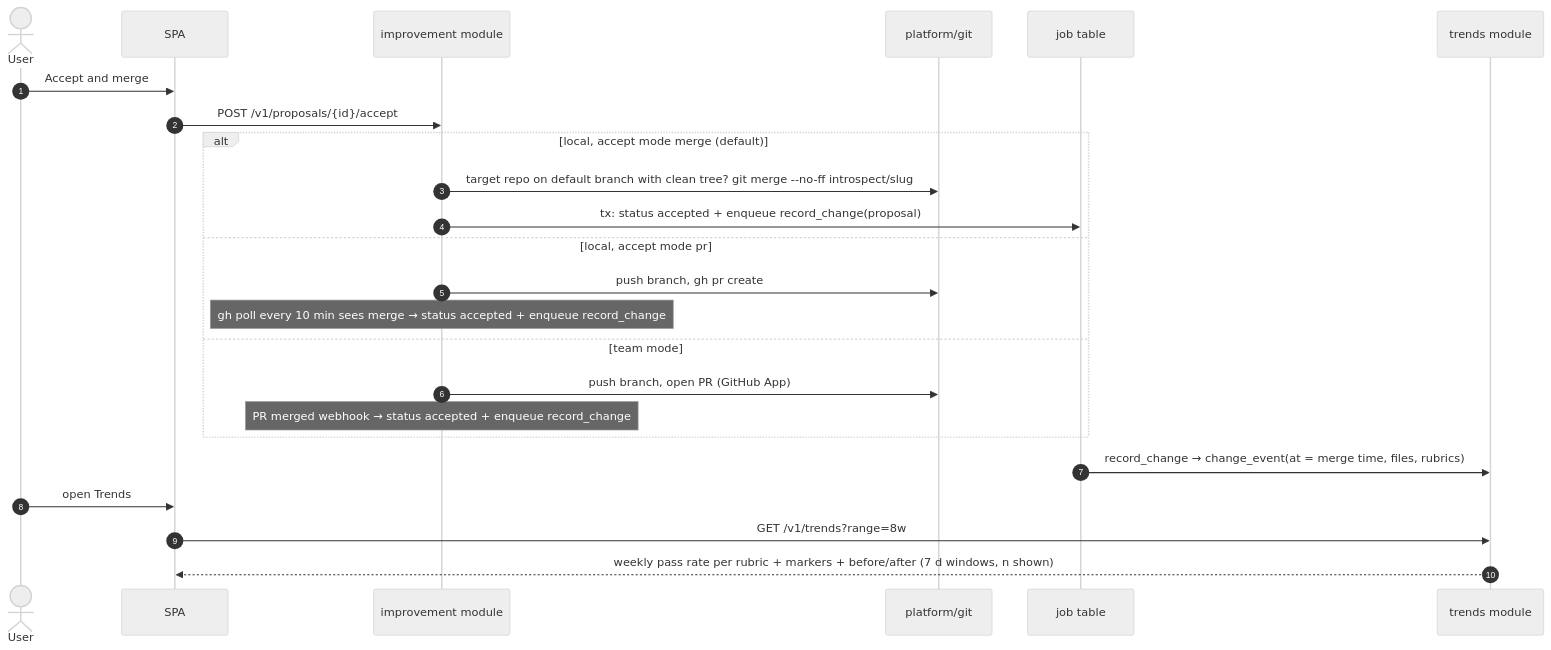
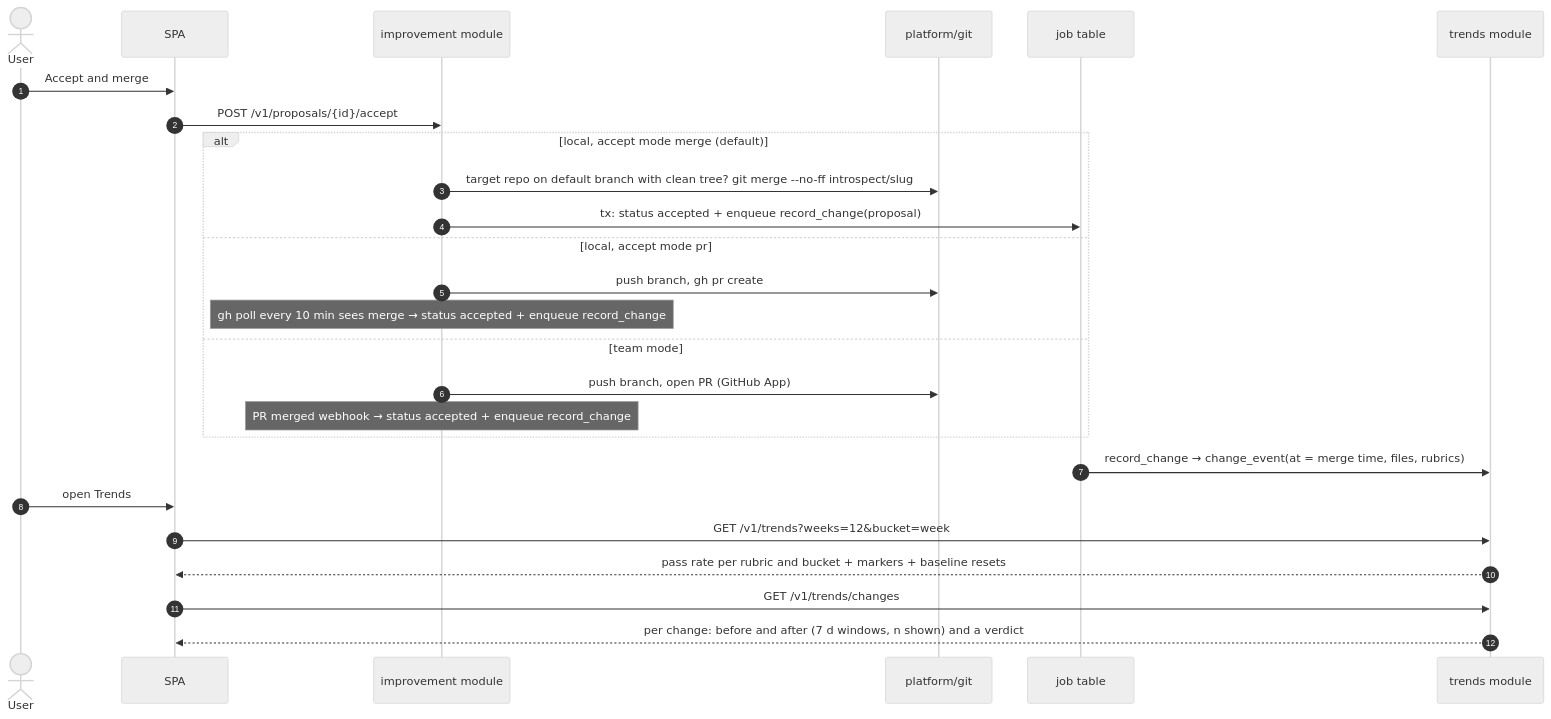
Before and after one commit to floriankraemer/ai-introspection: the seventh of 10 diagrams in docs/architecture/architecture-overview.md, drawn with Mermaid (neutral theme). The commit also changed other lines of this file and 32 other files, not shown here.

First line of the commit message:
feat(trends): pass-rate series, change events, verdicts and reference set (WP9)

````diff
--- a/docs/architecture/architecture-overview.md
+++ b/docs/architecture/architecture-overview.md
@@ -246,26 +246,28 @@
 ```mermaid
 sequenceDiagram
   autonumber
   actor U as User
   participant UI as SPA
   participant P as improvement module
   participant Git as platform/git
   participant Q as job table
   participant T as trends module
   U->>UI: Accept and merge
   UI->>P: POST /v1/proposals/{id}/accept
   alt local, accept mode merge (default)
     P->>Git: target repo on default branch with clean tree? git merge --no-ff introspect/slug
     P->>Q: tx: status accepted + enqueue record_change(proposal)
   else local, accept mode pr
     P->>Git: push branch, gh pr create
     Note over P: gh poll every 10 min sees merge → status accepted + enqueue record_change
   else team mode
     P->>Git: push branch, open PR (GitHub App)
     Note over P: PR merged webhook → status accepted + enqueue record_change
   end
   Q->>T: record_change → change_event(at = merge time, files, rubrics)
   U->>UI: open Trends
-  UI->>T: GET /v1/trends?range=8w
-  T-->>UI: weekly pass rate per rubric + markers + before/after (7 d windows, n shown)
+  UI->>T: GET /v1/trends?weeks=12&bucket=week
+  T-->>UI: pass rate per rubric and bucket + markers + baseline resets
+  UI->>T: GET /v1/trends/changes
+  T-->>UI: per change: before and after (7 d windows, n shown) and a verdict
 ```
````
